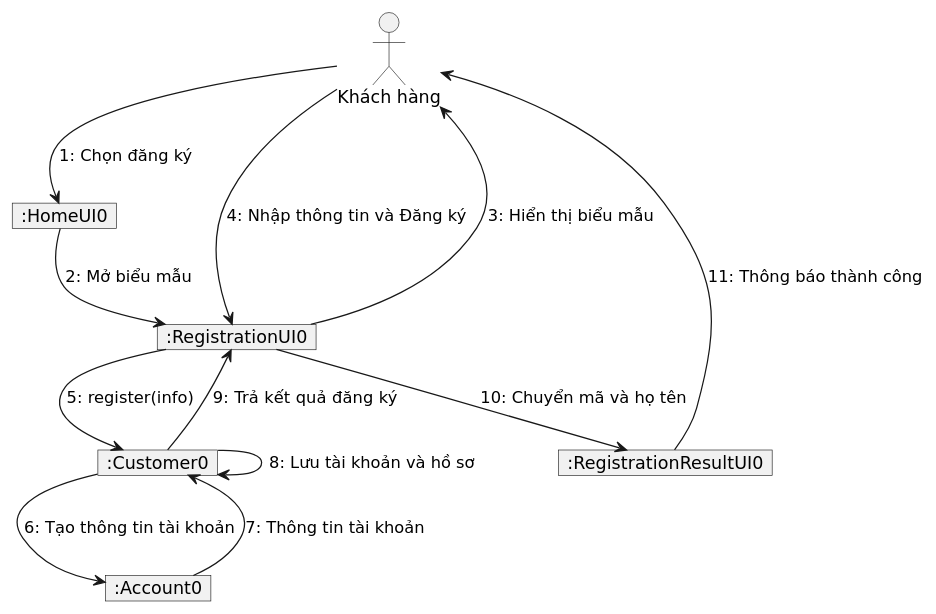
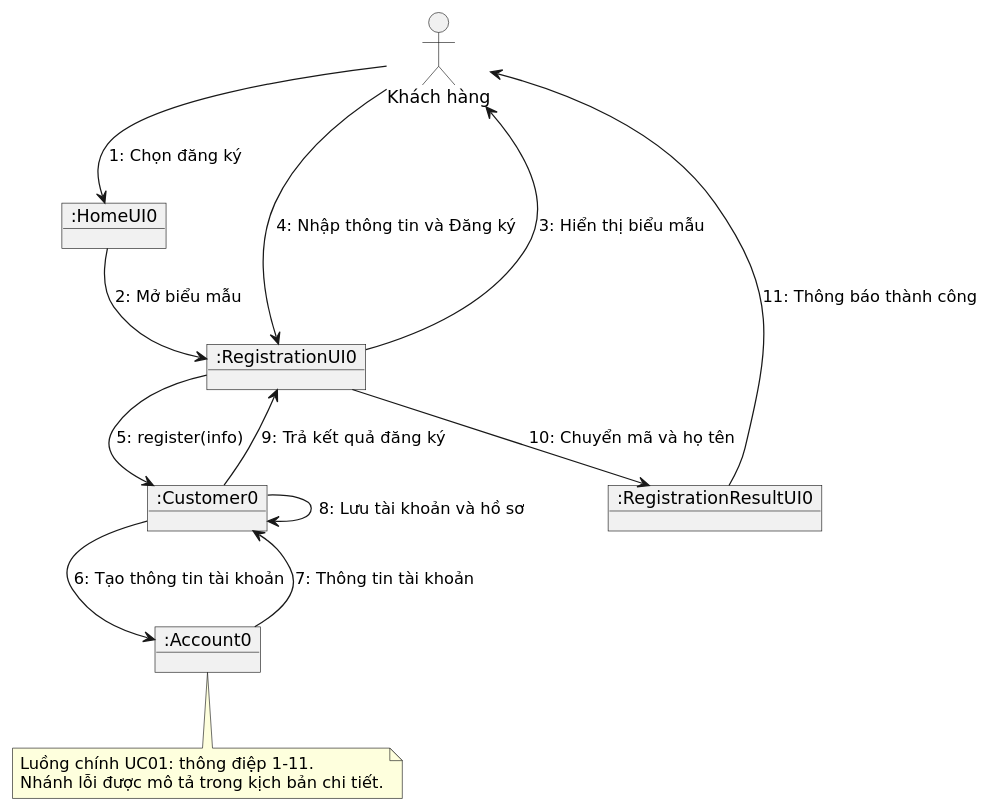
The diagram in uml/phan-tich/05-registration-communication.puml (tinhatinh/PTTK), drawn with PlantUML before and after one commit. The commit also changed 97 other files, not shown here.

Commit message:
Finalize CineMan analysis design diagrams and report

```diff
--- a/uml/phan-tich/05-registration-communication.puml
+++ b/uml/phan-tich/05-registration-communication.puml
@@ -1,24 +1,26 @@
 @startuml 05-registration-communication
 skinparam defaultFontName DejaVu Sans
 skinparam shadowing false
-skinparam classAttributeIconSize 0
-hide empty members
 allowmixing
 actor "Khách hàng" as A
 object ":HomeUI0" as H
 object ":RegistrationUI0" as F
 object ":RegistrationResultUI0" as R
 object ":Customer0" as C
 object ":Account0" as AC
 A --> H : 1: Chọn đăng ký
 H --> F : 2: Mở biểu mẫu
 F --> A : 3: Hiển thị biểu mẫu
 A --> F : 4: Nhập thông tin và Đăng ký
 F --> C : 5: register(info)
 C --> AC : 6: Tạo thông tin tài khoản
 AC --> C : 7: Thông tin tài khoản
 C --> C : 8: Lưu tài khoản và hồ sơ
 C --> F : 9: Trả kết quả đăng ký
 F --> R : 10: Chuyển mã và họ tên
 R --> A : 11: Thông báo thành công
+note bottom
+Luồng chính UC01: thông điệp 1–11.
+Nhánh lỗi được mô tả trong kịch bản chi tiết.
+end note
 @enduml
```
